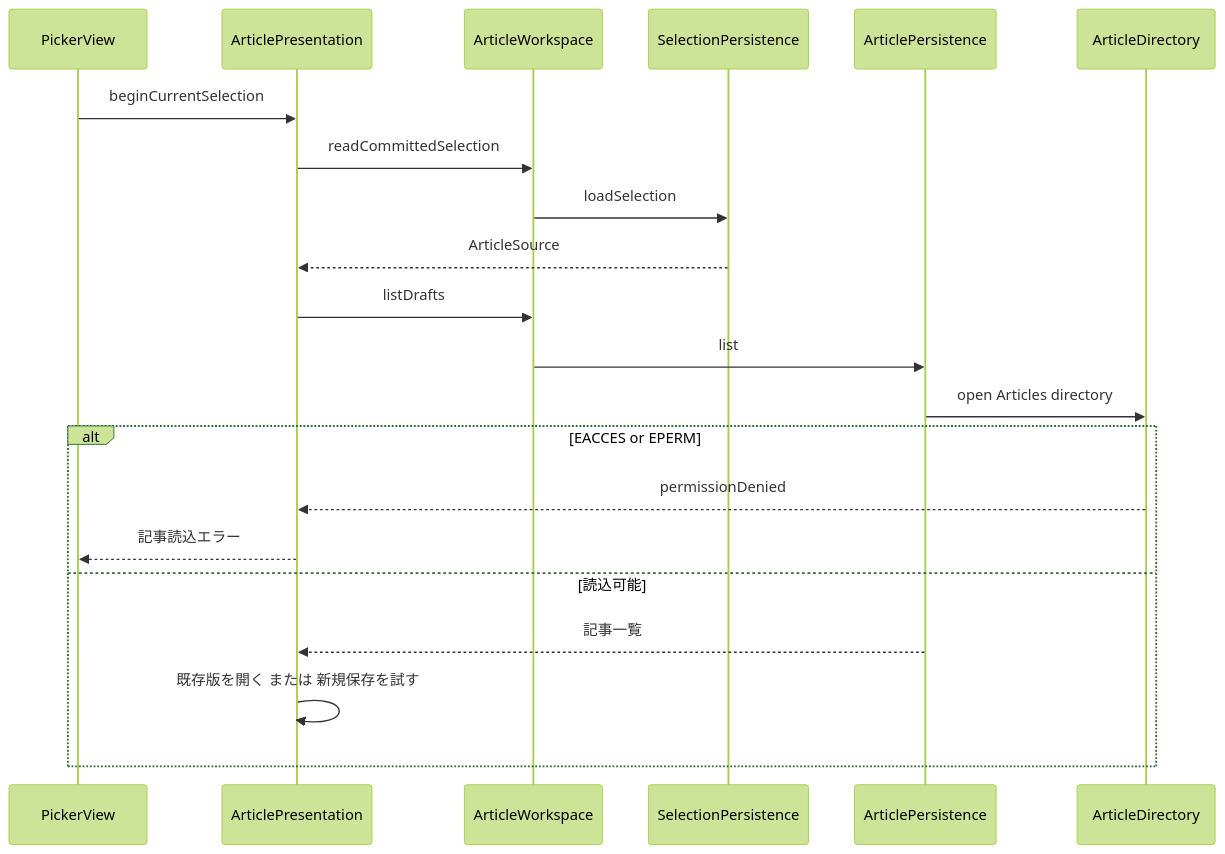
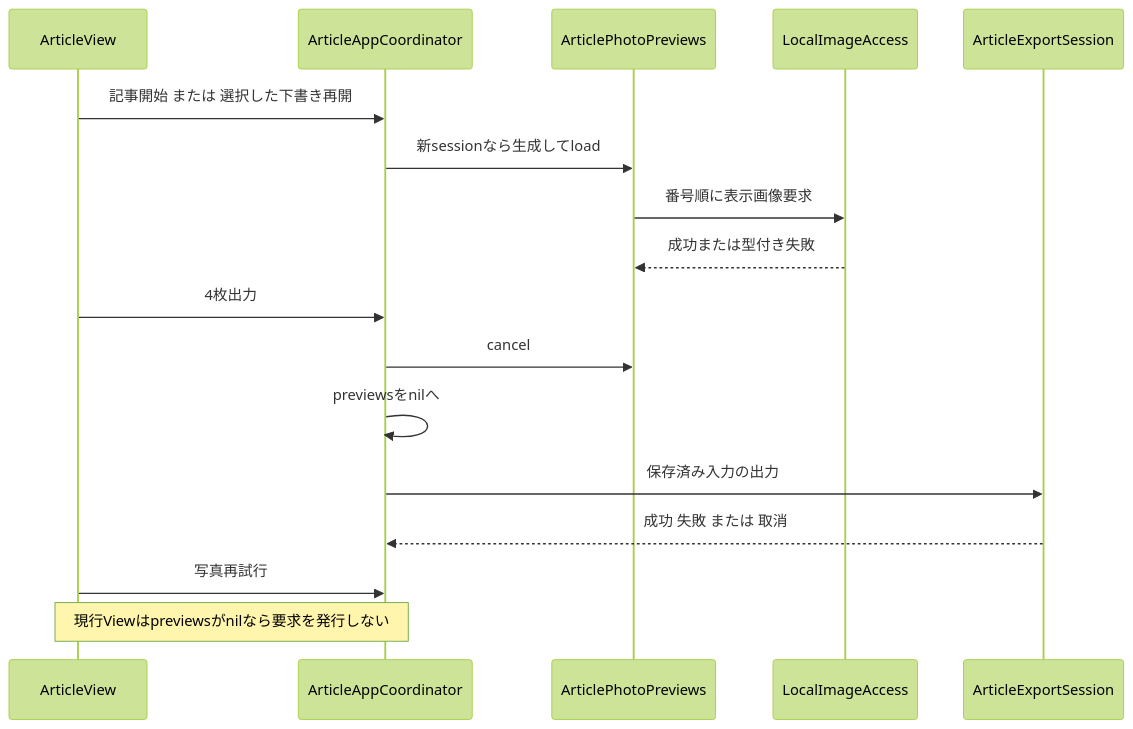
Before and after one commit to yokochie/hitotsuzuri: the second of 2 diagrams in aidlc/spaces/default/codekb/hitotsuzuri/architecture.md, drawn with Mermaid (forest theme). The commit also changed other lines of this file and 18 other files, not shown here.

````diff
--- a/aidlc/spaces/default/codekb/hitotsuzuri/architecture.md
+++ b/aidlc/spaces/default/codekb/hitotsuzuri/architecture.md
@@ -35,23 +30,19 @@
 ```mermaid
 sequenceDiagram
-    participant UI as PickerView
-    participant P as ArticlePresentation
-    participant W as ArticleWorkspace
-    participant S as SelectionPersistence
-    participant A as ArticlePersistence
-    participant D as ArticleDirectory
-    UI->>P: beginCurrentSelection
-    P->>W: readCommittedSelection
-    W->>S: loadSelection
-    S-->>P: ArticleSource
-    P->>W: listDrafts
-    W->>A: list
-    A->>D: open Articles directory
-    alt EACCES or EPERM
-        D-->>P: permissionDenied
-        P-->>UI: 記事読込エラー
-    else 読込可能
-        A-->>P: 記事一覧
-        P->>P: 既存版を開く または 新規保存を試す
-    end
+    participant UI as ArticleView
+    participant C as ArticleAppCoordinator
+    participant P as ArticlePhotoPreviews
+    participant L as LocalImageAccess
+    participant E as ArticleExportSession
+    UI->>C: 記事開始 または 選択した下書き再開
+    C->>P: 新sessionなら生成してload
+    P->>L: 番号順に表示画像要求
+    L-->>P: 成功または型付き失敗
+    UI->>C: 4枚出力
+    C->>P: cancel
+    C->>C: previewsをnilへ
+    C->>E: 保存済み入力の出力
+    E-->>C: 成功 失敗 または 取消
+    UI->>C: 写真再試行
+    Note over UI,C: 現行Viewはpreviewsがnilなら要求を発行しない
 ```
````
